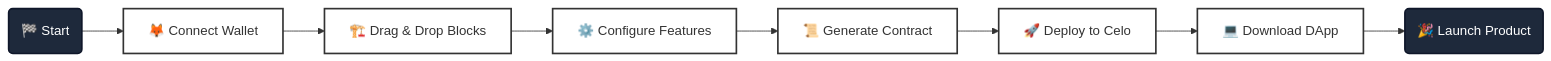
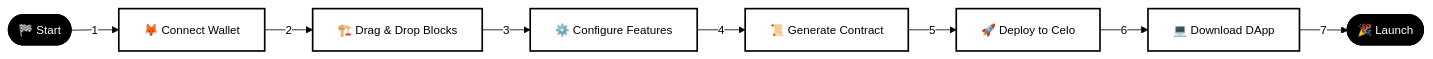
The first of 5 diagrams in README.md (ROHIT8759/Low_-_No_Code_Platform_on_CELO), drawn with Mermaid before and after one commit. The commit also changed other lines of this file, not shown here.

````diff
--- a/README.md
+++ b/README.md
@@ -180,19 +111,20 @@
 ```mermaid
+%%{init: {'theme':'base', 'themeVariables': {'primaryColor':'#fff','primaryTextColor':'#000','primaryBorderColor':'#000','lineColor':'#000','secondaryColor':'#fff','tertiaryColor':'#fff','fontSize':'14px'}}}%%
 graph LR
-    Step1(🏁 Start) --> Step2[🦊 Connect Wallet]
-    Step2 --> Step3[🏗️ Drag & Drop Blocks]
-    Step3 --> Step4[⚙️ Configure Features]
-    Step4 --> Step5[📜 Generate Contract]
-    Step5 --> Step6[🚀 Deploy to Celo]
-    Step6 --> Step7[💻 Download DApp]
-    Step7 --> Step8(🎉 Launch Product)
+    A([🏁 Start]) -->|1| B[🦊 Connect Wallet]
+    B -->|2| C[🏗️ Drag & Drop Blocks]
+    C -->|3| D[⚙️ Configure Features]
+    D -->|4| E[📜 Generate Contract]
+    E -->|5| F[🚀 Deploy to Celo]
+    F -->|6| G[💻 Download DApp]
+    G -->|7| H([🎉 Launch])
     
-    style Step1 fill:#1e293b,stroke:#0f172a,stroke-width:2px,color:#fff
-    style Step2 fill:#fff,stroke:#333,stroke-width:2px
-    style Step3 fill:#fff,stroke:#333,stroke-width:2px
-    style Step4 fill:#fff,stroke:#333,stroke-width:2px
-    style Step5 fill:#fff,stroke:#333,stroke-width:2px
-    style Step6 fill:#fff,stroke:#333,stroke-width:2px
-    style Step7 fill:#fff,stroke:#333,stroke-width:2px
-    style Step8 fill:#1e293b,stroke:#0f172a,stroke-width:2px,color:#fff
+    style A fill:#000,stroke:#000,stroke-width:2px,color:#fff
+    style B fill:#fff,stroke:#000,stroke-width:2px,color:#000
+    style C fill:#fff,stroke:#000,stroke-width:2px,color:#000
+    style D fill:#fff,stroke:#000,stroke-width:2px,color:#000
+    style E fill:#fff,stroke:#000,stroke-width:2px,color:#000
+    style F fill:#fff,stroke:#000,stroke-width:2px,color:#000
+    style G fill:#fff,stroke:#000,stroke-width:2px,color:#000
+    style H fill:#000,stroke:#000,stroke-width:2px,color:#fff
 ```
````
